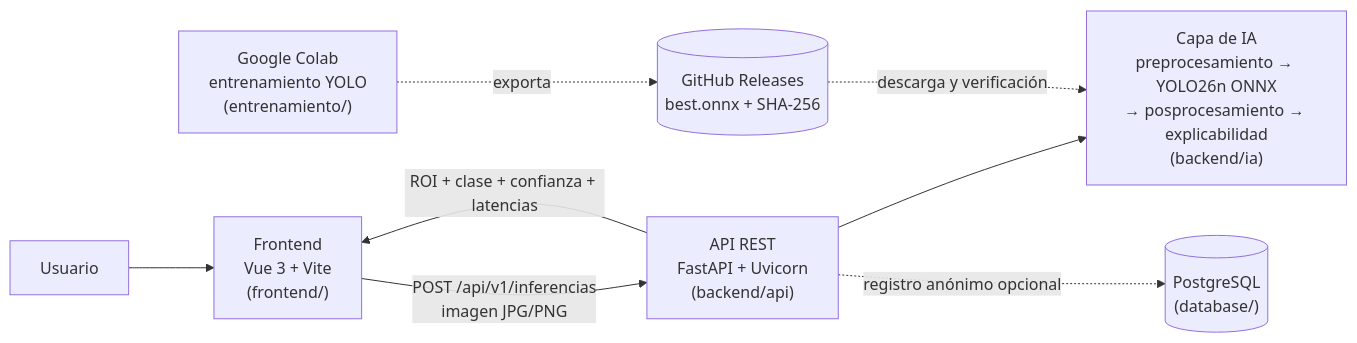
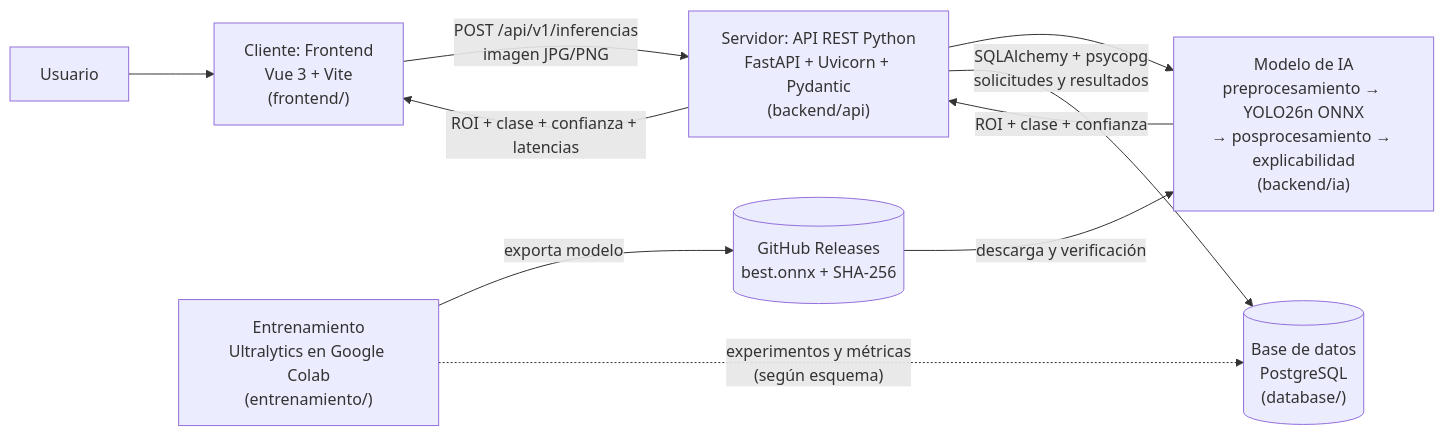
One commit to colorrectalai/ColorrectalAI-proyect changed the diagram in README.md. Above: the diagram before and after it, drawn with Mermaid. The commit also changed other lines of this file, not shown here.

First line of the commit message:
Enhance README with project architecture and details

````diff
--- a/README.md
+++ b/README.md
@@ -45,10 +56,12 @@
 ```mermaid
 flowchart LR
-  U[Usuario] --> F["Frontend<br/>Vue 3 + Vite<br/>(frontend/)"]
-  F -- "POST /api/v1/inferencias<br/>imagen JPG/PNG" --> A["API REST<br/>FastAPI + Uvicorn<br/>(backend/api)"]
-  A --> IA["Capa de IA<br/>preprocesamiento → YOLO26n ONNX<br/>→ posprocesamiento → explicabilidad<br/>(backend/ia)"]
-  A -. "registro anónimo opcional" .-> D[("PostgreSQL<br/>(database/)")]
-  R[("GitHub Releases<br/>best.onnx + SHA-256")] -. "descarga y verificación" .-> IA
-  C["Google Colab<br/>entrenamiento YOLO<br/>(entrenamiento/)"] -. "exporta" .-> R
+  U[Usuario] --> F["Cliente: Frontend<br/>Vue 3 + Vite<br/>(frontend/)"]
+  F -- "POST /api/v1/inferencias<br/>imagen JPG/PNG" --> A["Servidor: API REST Python<br/>FastAPI + Uvicorn + Pydantic<br/>(backend/api)"]
+  A --> IA["Modelo de IA<br/>preprocesamiento → YOLO26n ONNX<br/>→ posprocesamiento → explicabilidad<br/>(backend/ia)"]
+  IA -- "ROI + clase + confianza" --> A
   A -- "ROI + clase + confianza + latencias" --> F
+  A -- "SQLAlchemy + psycopg<br/>solicitudes y resultados" --> D[("Base de datos<br/>PostgreSQL<br/>(database/)")]
+  R[("GitHub Releases<br/>best.onnx + SHA-256")] -- "descarga y verificación" --> IA
+  C["Entrenamiento<br/>Ultralytics en Google Colab<br/>(entrenamiento/)"] -- "exporta modelo" --> R
+  C -. "experimentos y métricas<br/>(según esquema)" .-> D
 ```
````
